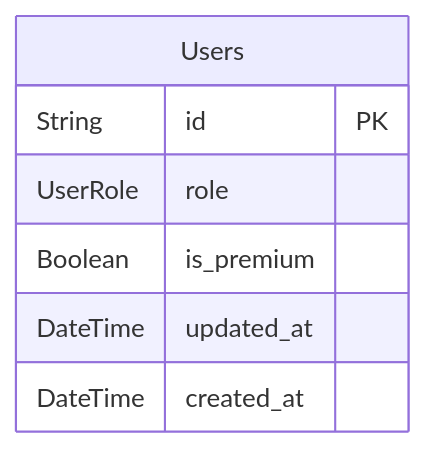
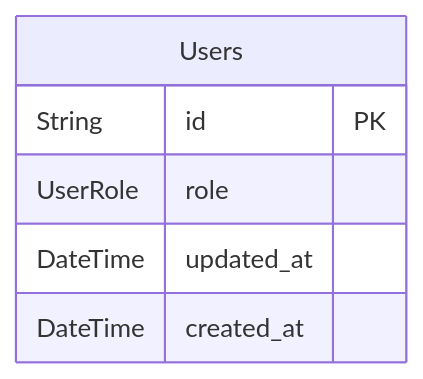
One commit to NeatDeveloper/Thodle changed the second of 3 diagrams in packages/db/prisma/DatabaseSchema.md. Above: the diagram before and after it, drawn with Mermaid. The commit also changed other lines of this file and 21 other files, not shown here.

````diff
--- a/packages/db/prisma/DatabaseSchema.md
+++ b/packages/db/prisma/DatabaseSchema.md
@@ -172,10 +174,9 @@
 ```mermaid
 erDiagram
 "Users" {
   String id PK
   UserRole role
-  Boolean is_premium
   DateTime updated_at
   DateTime created_at
 }
 ```
````
